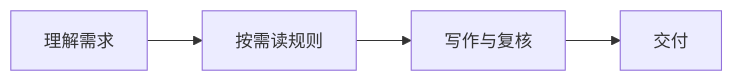
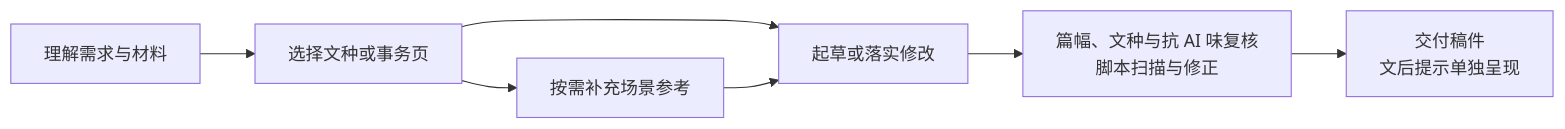
Before and after one commit to gongyu0918-debug/chinese-official-writing-skill: the diagram in README.md, drawn with Mermaid. The commit also changed 1 other file, not shown here.

Commit message:
docs: show a balanced writing workflow with optional scene references
Use five main stages and one optional branch; show review and delivery without expanding every substep. Only README diagrams changed; git diff --check passed.

````diff
--- a/README.md
+++ b/README.md
@@ -15,6 +15,9 @@
 ```mermaid
 flowchart LR
-    A[理解需求] --> B[按需读规则]
-    B --> C[写作与复核]
-    C --> D[交付]
+    A[理解需求与材料] --> B[选择文种或事务页]
+    B --> C[起草或落实修改]
+    B --> S[按需补充场景参考]
+    S --> C
+    C --> D[篇幅、文种与抗 AI 味复核<br/>脚本扫描与修正]
+    D --> E[交付稿件<br/>文后提示单独呈现]
 ```
````
